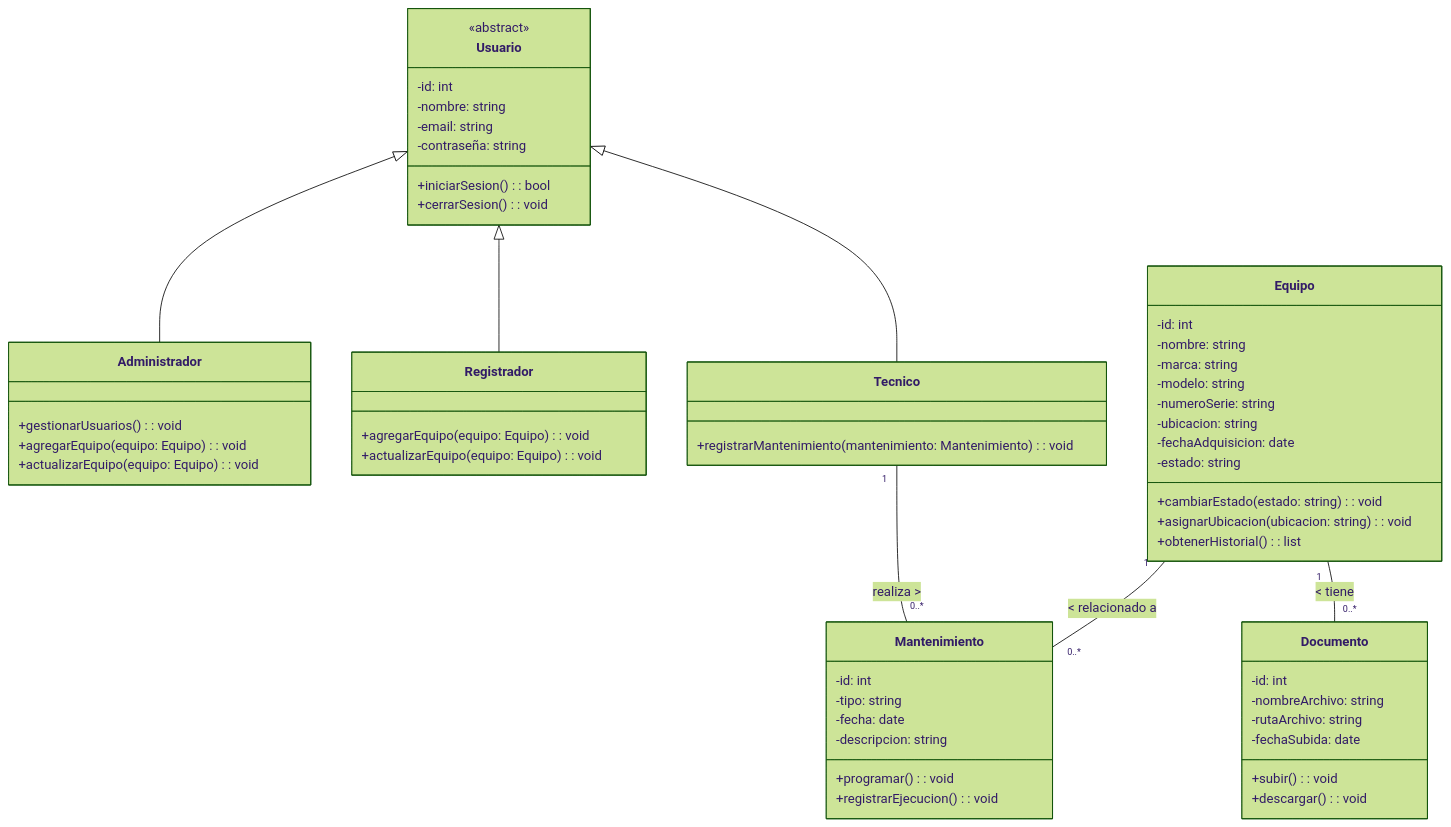
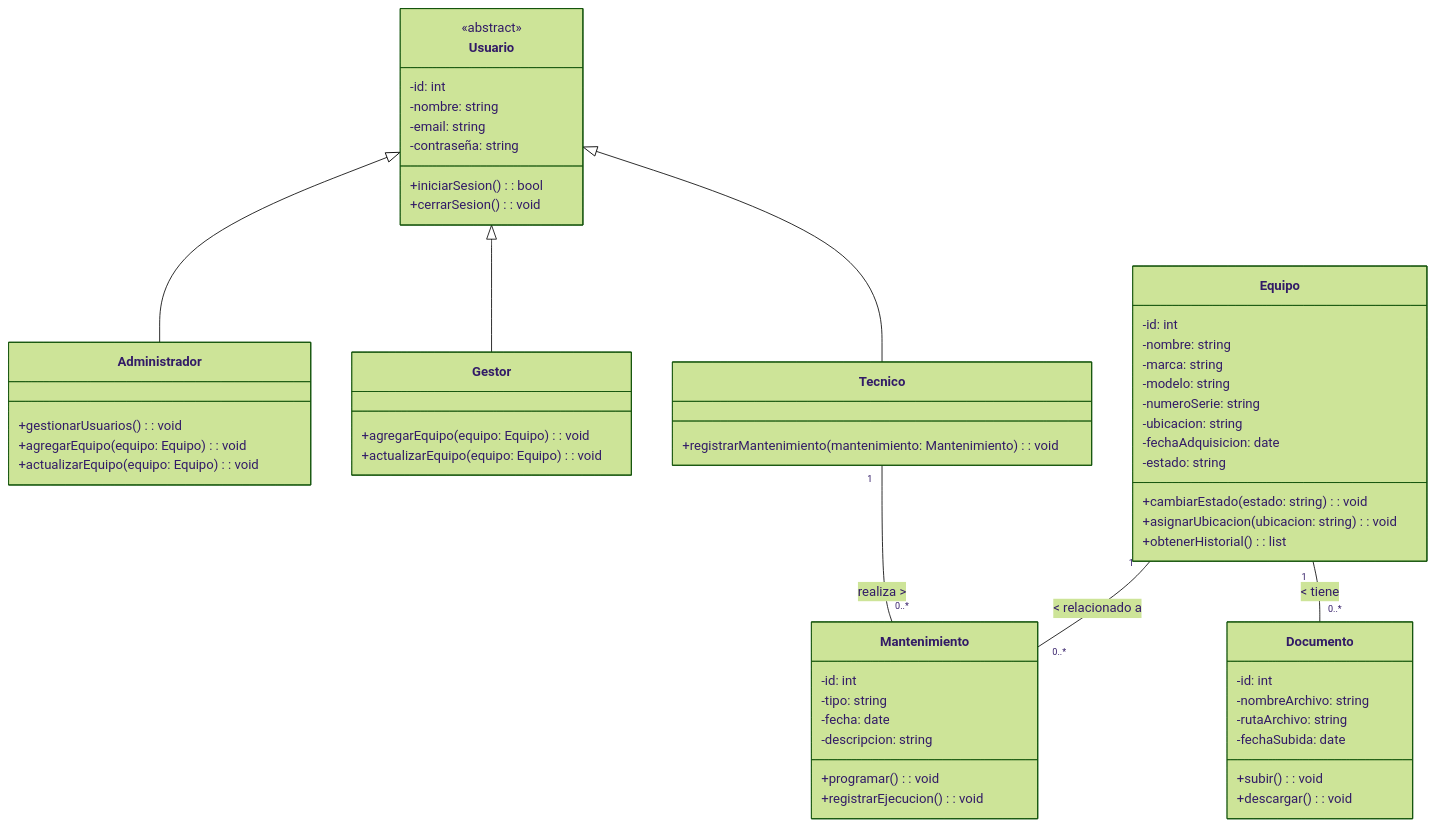
One commit to DavidMV97/biomedical-equipment changed the diagram in diagrama-clases.mmd. Above: the diagram before and after it, drawn with Mermaid (forest theme).

Commit message:
Creando diagrama de clases

```diff
--- a/diagrama-clases.mmd
+++ b/diagrama-clases.mmd
@@ -1,64 +1,64 @@
 classDiagram
     class Usuario {
         <<abstract>>
         -id: int
         -nombre: string
         -email: string
         -contraseña: string
         +iniciarSesion(): bool
         +cerrarSesion(): void
     }
 
     class Administrador {
         +gestionarUsuarios(): void
         +agregarEquipo(equipo: Equipo): void
         +actualizarEquipo(equipo: Equipo): void
     }
 
-    class Registrador {
+    class Gestor {
         +agregarEquipo(equipo: Equipo): void
         +actualizarEquipo(equipo: Equipo): void
     }
 
     class Tecnico {
         +registrarMantenimiento(mantenimiento: Mantenimiento): void
     }
 
     class Equipo {
         -id: int
         -nombre: string
         -marca: string
         -modelo: string
         -numeroSerie: string
         -ubicacion: string
         -fechaAdquisicion: date
         -estado: string
         +cambiarEstado(estado: string): void
         +asignarUbicacion(ubicacion: string): void
         +obtenerHistorial(): list
     }
 
     class Mantenimiento {
         -id: int
         -tipo: string
         -fecha: date
         -descripcion: string
         +programar(): void
         +registrarEjecucion(): void
     }
 
     class Documento {
         -id: int
         -nombreArchivo: string
         -rutaArchivo: string
         -fechaSubida: date
         +subir(): void
         +descargar(): void
     }
 
     Usuario <|-- Administrador
-    Usuario <|-- Registrador
+    Usuario <|-- Gestor
     Usuario <|-- Tecnico
     Tecnico "1" -- "0..*" Mantenimiento : realiza >
     Equipo "1" -- "0..*" Mantenimiento : < relacionado a
     Equipo "1" -- "0..*" Documento : < tiene
```
